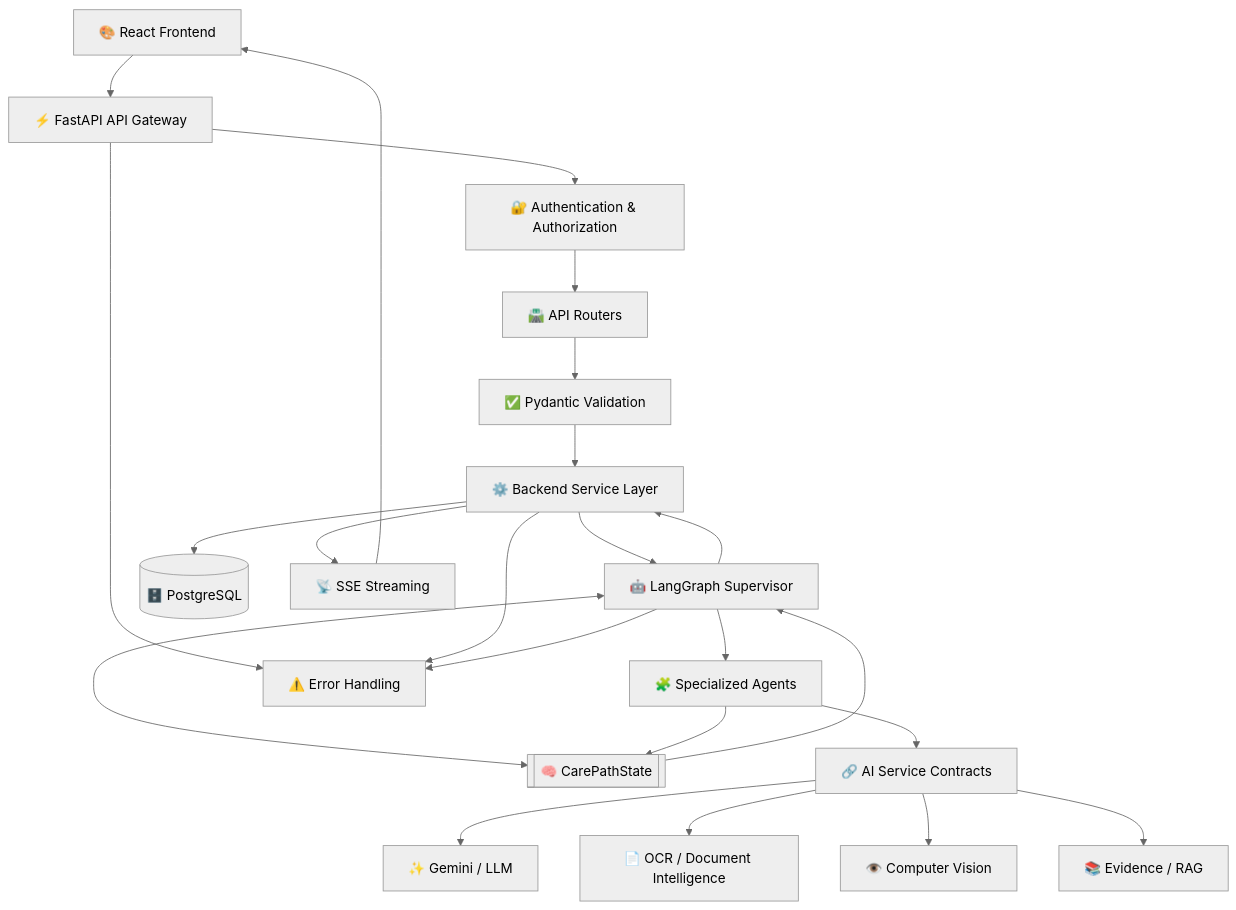
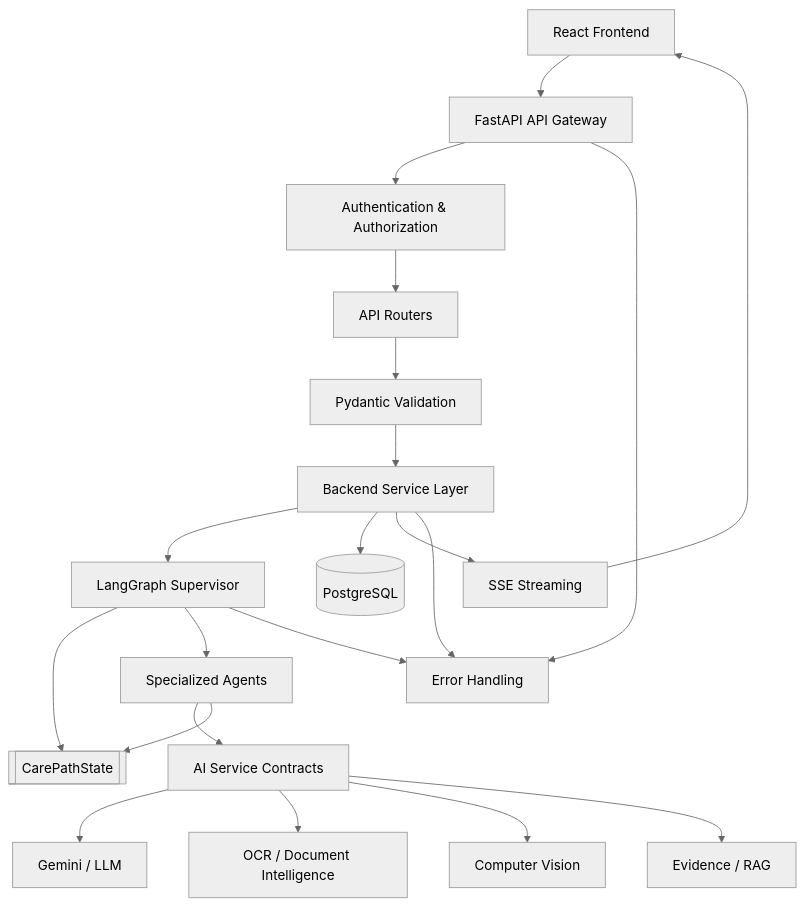
The sixth of 16 diagrams in README.md (IlIGODIlI/CarePath-AI), drawn with Mermaid (neutral theme) before and after one commit. The commit also changed other lines of this file, not shown here.

````diff
--- a/README.md
+++ b/README.md
@@ -562,71 +493,68 @@
 ```mermaid
 flowchart TD
 
-    CLIENT["🎨 React Frontend"]
+ CLIENT["React Frontend"]
 
-    API["⚡ FastAPI API Gateway"]
+ API["FastAPI API Gateway"]
 
-    AUTH["🔐 Authentication & Authorization"]
+ AUTH["Authentication & Authorization"]
 
-    ROUTERS["🛣️ API Routers"]
+ ROUTERS["API Routers"]
 
-    VALIDATION["✅ Pydantic Validation"]
+ VALIDATION["Pydantic Validation"]
 
-    SERVICE["⚙️ Backend Service Layer"]
+ SERVICE["Backend Service Layer"]
 
-    GRAPH["🤖 LangGraph Supervisor"]
+ GRAPH["LangGraph Supervisor"]
 
-    STATE[["🧠 CarePathState"]]
+ STATE[["CarePathState"]]
 
-    AGENTS["🧩 Specialized Agents"]
+ AGENTS["Specialized Agents"]
 
-    CONTRACTS["🔗 AI Service Contracts"]
+ CONTRACTS["AI Service Contracts"]
 
-    LLM["✨ Gemini / LLM"]
+ LLM["Gemini / LLM"]
 
-    OCR["📄 OCR / Document Intelligence"]
+ OCR["OCR / Document Intelligence"]
 
-    VISION["👁️ Computer Vision"]
+ VISION["Computer Vision"]
 
-    RAG["📚 Evidence / RAG"]
+ RAG["Evidence / RAG"]
 
-    DB[("🗄️ PostgreSQL")]
+ DB[("PostgreSQL")]
 
-    SSE["📡 SSE Streaming"]
+ SSE["SSE Streaming"]
 
-    ERRORS["⚠️ Error Handling"]
+ ERRORS["Error Handling"]
 
-    CLIENT --> API
+ CLIENT --> API
 
-    API --> AUTH
-    AUTH --> ROUTERS
+ API --> AUTH
+ AUTH --> ROUTERS
 
-    ROUTERS --> VALIDATION
-    VALIDATION --> SERVICE
+ ROUTERS --> VALIDATION
+ VALIDATION --> SERVICE
 
-    SERVICE --> GRAPH
-    SERVICE --> DB
+ SERVICE --> GRAPH
+ SERVICE --> DB
 
-    GRAPH <--> STATE
-    GRAPH --> AGENTS
+ GRAPH --> STATE
+ GRAPH --> AGENTS
 
-    AGENTS --> CONTRACTS
+ AGENTS --> CONTRACTS
 
-    CONTRACTS --> LLM
-    CONTRACTS --> OCR
-    CONTRACTS --> VISION
-    CONTRACTS --> RAG
+ CONTRACTS --> LLM
+ CONTRACTS --> OCR
+ CONTRACTS --> VISION
+ CONTRACTS --> RAG
 
-    AGENTS --> STATE
+ AGENTS --> STATE
 
-    STATE --> GRAPH
 
-    GRAPH --> SERVICE
+ SERVICE --> SSE
+ SSE --> CLIENT
 
-    SERVICE --> SSE
-    SSE --> CLIENT
-
-    API --> ERRORS
-    SERVICE --> ERRORS
-    GRAPH --> ERRORS
+ API --> ERRORS
+ SERVICE --> ERRORS
+ GRAPH --> ERRORS
 ```
````
